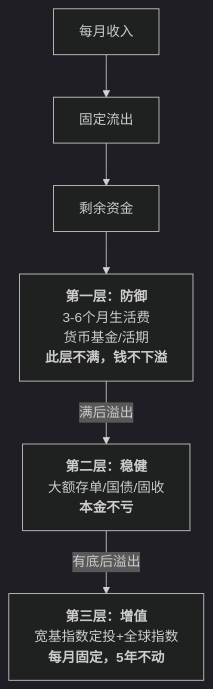
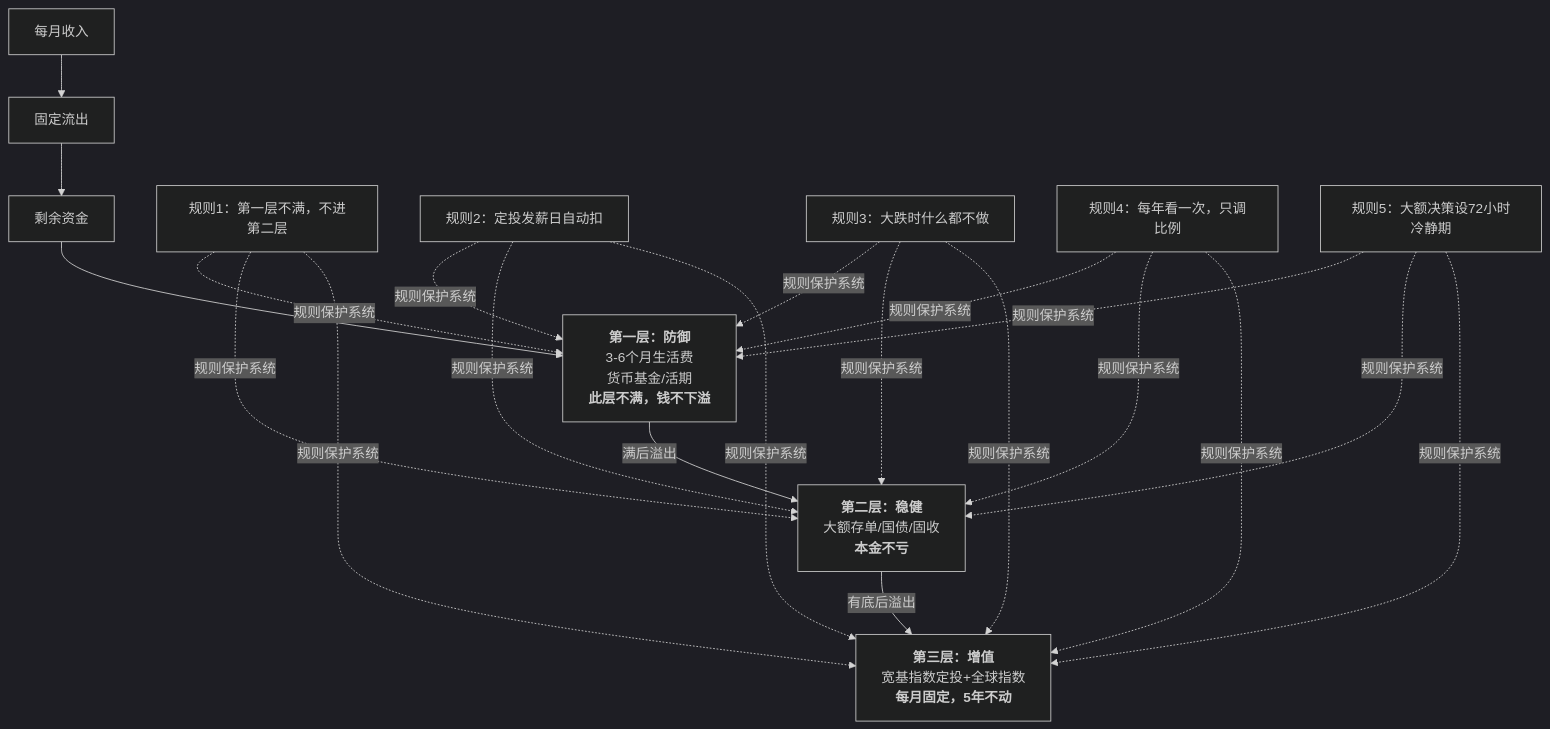
The third of 3 diagrams in money-system-first-principles.md (pengjizhang/pengjizhang.github.io), drawn with Mermaid (dark theme) before and after one commit.

Commit message:
Fix: 架构图恢复为三层+五条规则的完整总图

````diff
--- a/money-system-first-principles.md
+++ b/money-system-first-principles.md
@@ -128,8 +128,16 @@
 ```mermaid
 flowchart TB
     IN["每月收入"] --> DEDUCT["固定流出"] --> REMAIN["剩余资金"]
 
     REMAIN --> L1["<b>第一层：防御</b><br/>3-6个月生活费<br/>货币基金/活期<br/><b>此层不满，钱不下溢</b>"]
     L1 -- "满后溢出" --> L2["<b>第二层：稳健</b><br/>大额存单/国债/固收<br/><b>本金不亏</b>"]
     L2 -- "有底后溢出" --> L3["<b>第三层：增值</b><br/>宽基指数定投+全球指数<br/><b>每月固定，5年不动</b>"]
+
+    R1["规则1：第一层不满，不进第二层"]
+    R2["规则2：定投发薪日自动扣"]
+    R3["规则3：大跌时什么都不做"]
+    R4["规则4：每年看一次，只调比例"]
+    R5["规则5：大额决策设72小时冷静期"]
+
+     R1 & R2 & R3 & R4 & R5 -. "规则保护系统" .-> L1 & L2 & L3
 ```
````
